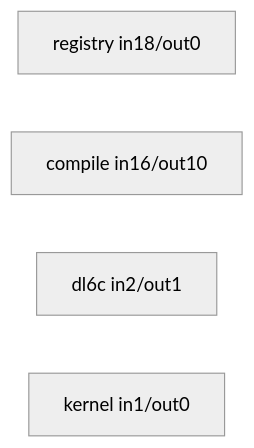
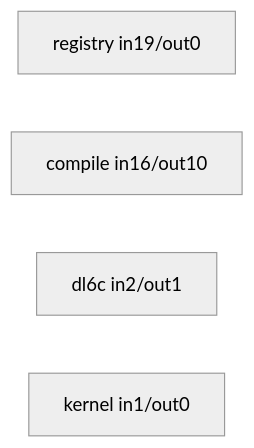
The fifth of 6 diagrams in docs/selfdoc/compiler.md (hafley66/sprefa), drawn with Mermaid (neutral theme) before and after one commit. The commit also changed other lines of this file and 4 other files, not shown here.

````diff
--- a/docs/selfdoc/compiler.md
+++ b/docs/selfdoc/compiler.md
@@ -238,7 +238,7 @@
 ```mermaid
 flowchart LR
-  n1["registry  in18/out0"]
+  n1["registry  in19/out0"]
   n2["compile  in16/out10"]
   n3["dl6c  in2/out1"]
   n4["kernel  in1/out0"]
 ```
````
